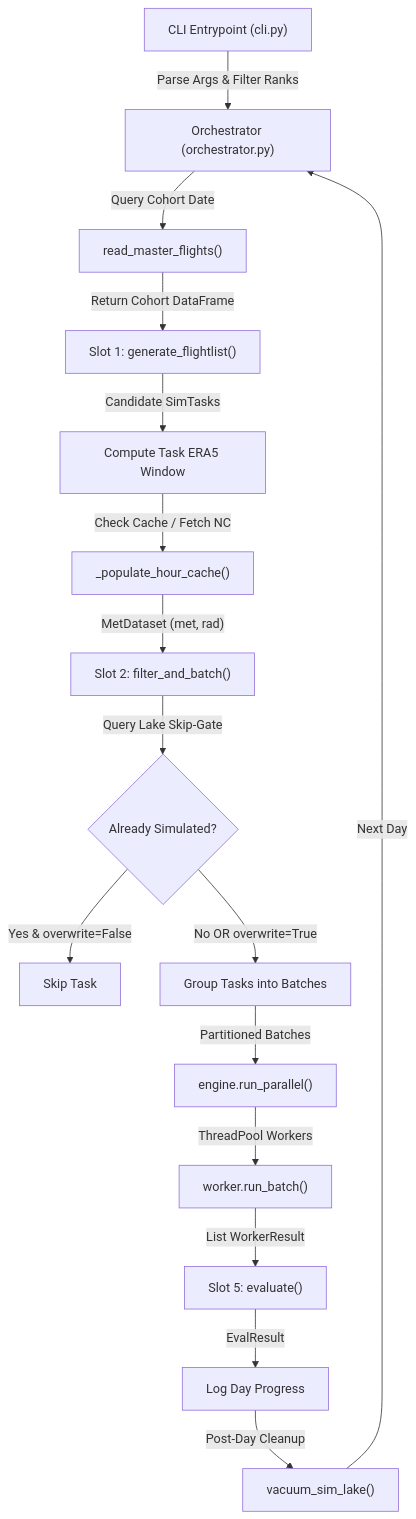
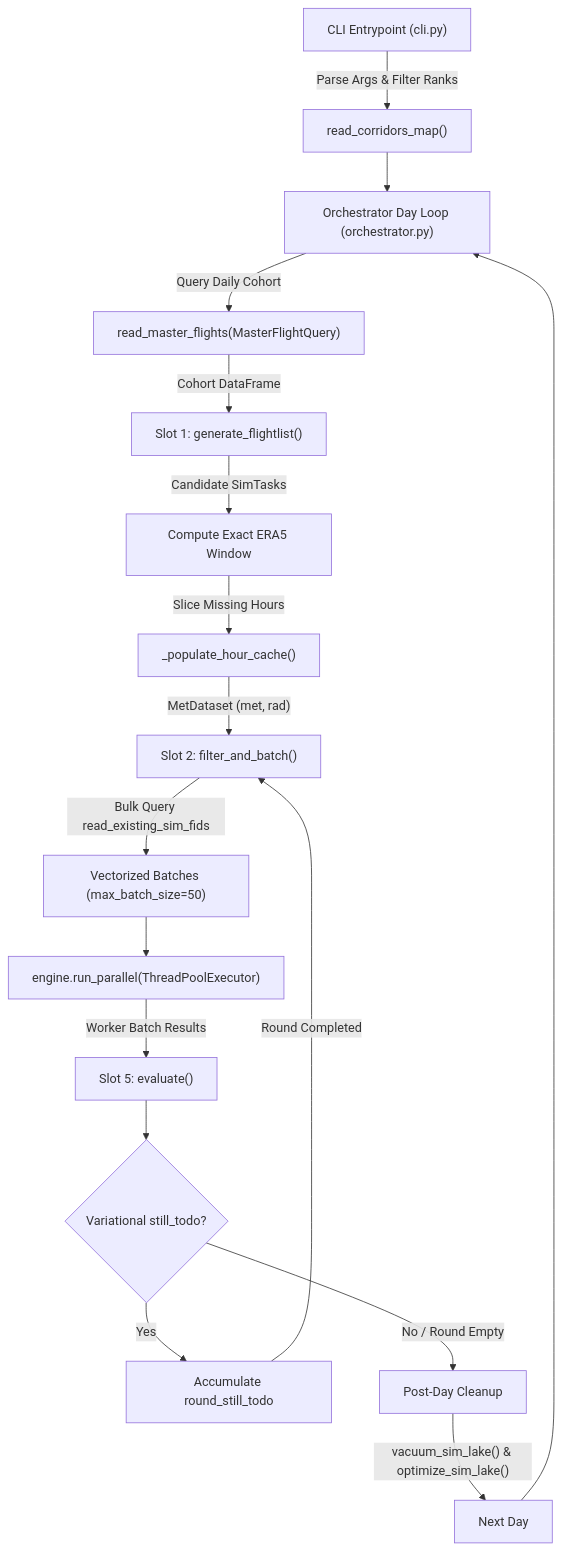
One commit to Bauzement123/flight-physics-pipeline changed the first of 2 diagrams in src/core/physics/README.md. Above: the diagram before and after it, drawn with Mermaid. The commit also changed other lines of this file and 8 other files, not shown here.

Commit message:
feat(physics,data_manager): formalize trajectory Delta Lake schema, runtime validation, and slot separation of concerns

````diff
--- a/src/core/physics/README.md
+++ b/src/core/physics/README.md
@@ -117,18 +121,19 @@
 ```mermaid
 flowchart TD
-    A["CLI Entrypoint (cli.py)"] -->|"Parse Args & Filter Ranks"| B["Orchestrator (orchestrator.py)"]
-    B -->|"Query Cohort Date"| C["read_master_flights()"]
-    C -->|"Return Cohort DataFrame"| D["Slot 1: generate_flightlist()"]
-    D -->|"Candidate SimTasks"| E["Compute Task ERA5 Window"]
-    E -->|"Check Cache / Fetch NC"| F["_populate_hour_cache()"]
-    F -->|"MetDataset (met, rad)"| G["Slot 2: filter_and_batch()"]
-    G -->|"Query Lake Skip-Gate"| H{"Already Simulated?"}
-    H -->|"Yes & overwrite=False"| I["Skip Task"]
-    H -->|"No OR overwrite=True"| J["Group Tasks into Batches"]
-    J -->|"Partitioned Batches"| K["engine.run_parallel()"]
-    K -->|"ThreadPool Workers"| L["worker.run_batch()"]
-    L -->|"List WorkerResult"| M["Slot 5: evaluate()"]
-    M -->|"EvalResult"| N["Log Day Progress"]
-    N -->|"Post-Day Cleanup"| O["vacuum_sim_lake()"]
-    O -->|"Next Day"| B
+    A["CLI Entrypoint (cli.py)"] -->|"Parse Args & Filter Ranks"| B["read_corridors_map()"]
+    B --> C["Orchestrator Day Loop (orchestrator.py)"]
+    C -->|"Query Daily Cohort"| D["read_master_flights(MasterFlightQuery)"]
+    D -->|"Cohort DataFrame"| E["Slot 1: generate_flightlist()"]
+    E -->|"Candidate SimTasks"| F["Compute Exact ERA5 Window"]
+    F -->|"Slice Missing Hours"| G["_populate_hour_cache()"]
+    G -->|"MetDataset (met, rad)"| H["Slot 2: filter_and_batch()"]
+    H -->|"Bulk Query read_existing_sim_fids"| I["Vectorized Batches (max_batch_size=50)"]
+    I --> J["engine.run_parallel(ThreadPoolExecutor)"]
+    J -->|"Worker Batch Results"| K["Slot 5: evaluate()"]
+    K --> L{"Variational still_todo?"}
+    L -->|"Yes"| M["Accumulate round_still_todo"]
+    M -->|"Round Completed"| H
+    L -->|"No / Round Empty"| N["Post-Day Cleanup"]
+    N -->|"vacuum_sim_lake() & optimize_sim_lake()"| O["Next Day"]
+    O --> C
 ```
````
